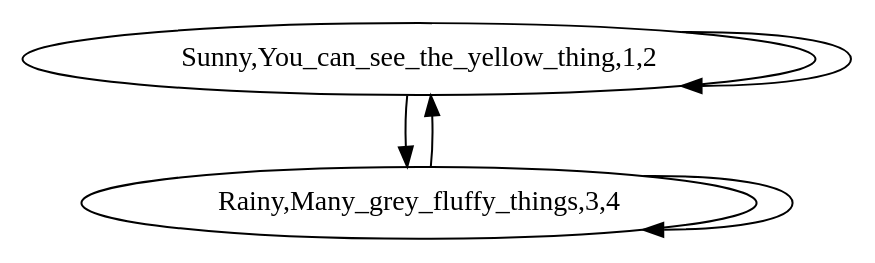
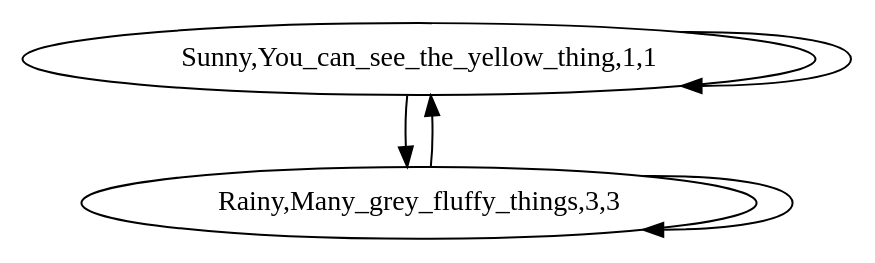
Before and after one commit to richelbilderbeek/boost_graph_cookbook_1: the diagram in BoostGraphTutorial/create_custom_vertices_markov_chain.dot, drawn with Graphviz. The commit also changed 17 other files, not shown here.

```diff
--- a/BoostGraphTutorial/create_custom_vertices_markov_chain.dot
+++ b/BoostGraphTutorial/create_custom_vertices_markov_chain.dot
@@ -1,8 +1,8 @@
 digraph G {
-0[label="Sunny,You_can_see_the_yellow_thing,1,2"];
-1[label="Rainy,Many_grey_fluffy_things,3,4"];
+0[label="Sunny,You_can_see_the_yellow_thing,1,1"];
+1[label="Rainy,Many_grey_fluffy_things,3,3"];
 0->0 ;
 0->1 ;
 1->0 ;
 1->1 ;
 }
```
